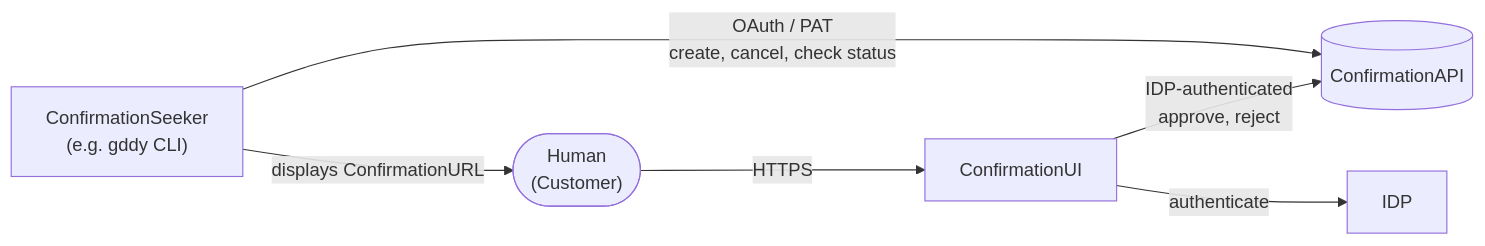
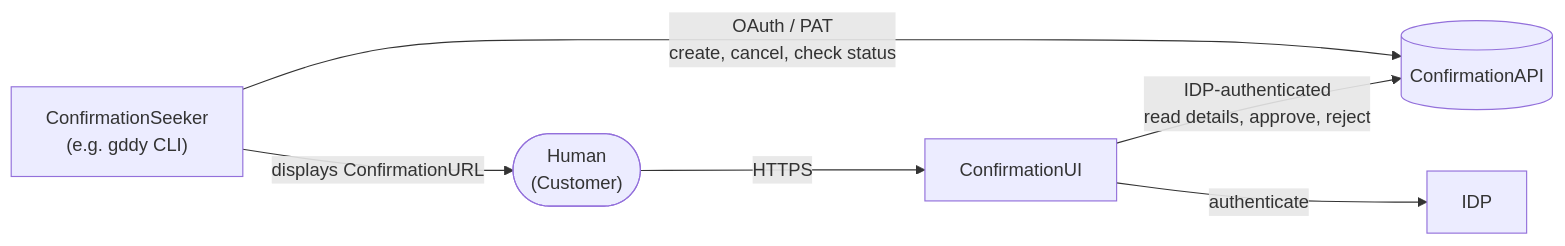
One commit to godaddy/cli changed the second of 4 diagrams in docs/proposals/consent.md. Above: the diagram before and after it, drawn with Mermaid. The commit also changed other lines of this file, not shown here.

````diff
--- a/docs/proposals/consent.md
+++ b/docs/proposals/consent.md
@@ -81,14 +86,14 @@
 ```mermaid
 flowchart LR
     Human(["Human<br/>(Customer)"])
     Seeker["ConfirmationSeeker<br/>(e.g. gddy CLI)"]
     API[("ConfirmationAPI")]
     UI["ConfirmationUI"]
     IDP["IDP"]
 
     Seeker -- "OAuth / PAT<br/>create, cancel, check status" --> API
-    UI -- "IDP-authenticated<br/>approve, reject" --> API
+    UI -- "IDP-authenticated<br/>read details, approve, reject" --> API
     Seeker -- "displays ConfirmationURL" --> Human
     Human -- "HTTPS" --> UI
     UI -- "authenticate" --> IDP
 ```
````
